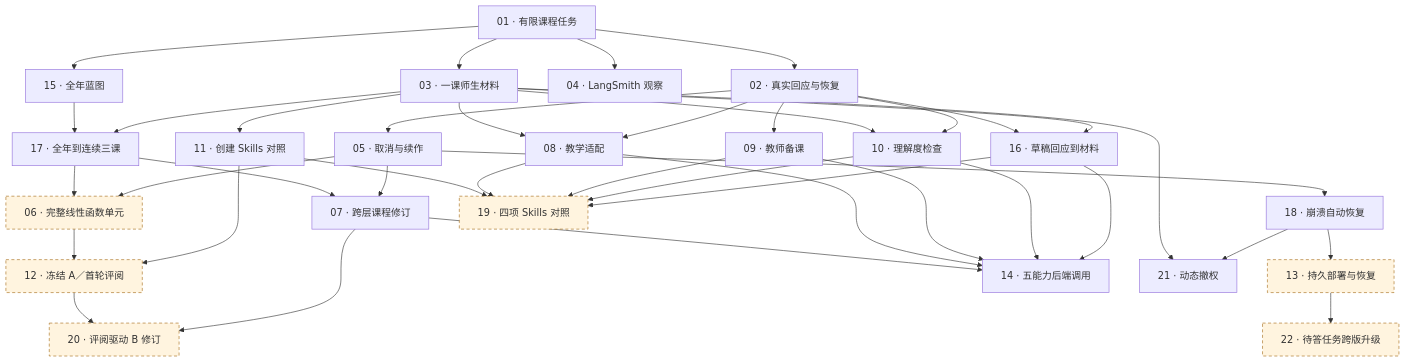
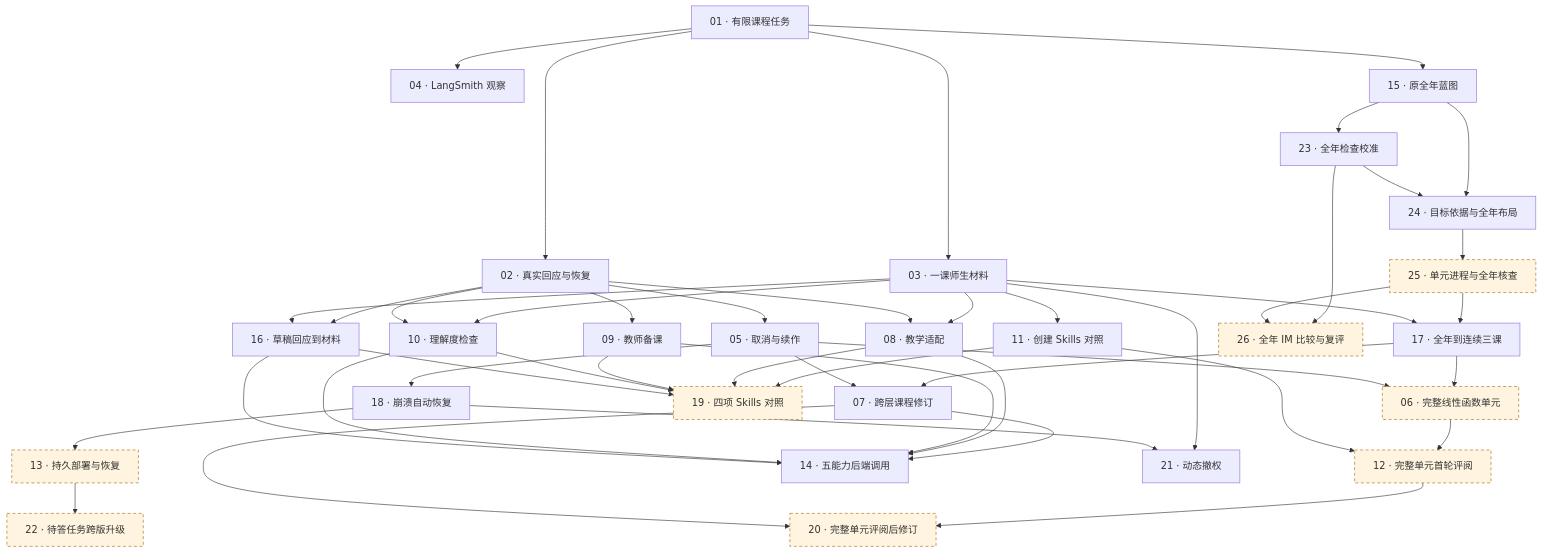
Before and after one commit to morebests/k12-teaching-harness: the diagram in .scratch/math-harness-delivery/dependencies.md, drawn with Mermaid. The commit also changed other lines of this file and 32 other files, not shown here.

````diff
--- a/.scratch/math-harness-delivery/dependencies.md
+++ b/.scratch/math-harness-delivery/dependencies.md
@@ -9,65 +13,75 @@
 ```mermaid
 flowchart TD
   T01["01 · 有限课程任务"]
   T02["02 · 真实回应与恢复"]
   T03["03 · 一课师生材料"]
   T04["04 · LangSmith 观察"]
   T05["05 · 取消与续作"]
   T06["06 · 完整线性函数单元"]
   T07["07 · 跨层课程修订"]
   T08["08 · 教学适配"]
   T09["09 · 教师备课"]
   T10["10 · 理解度检查"]
   T11["11 · 创建 Skills 对照"]
-  T12["12 · 冻结 A／首轮评阅"]
+  T12["12 · 完整单元首轮评阅"]
   T13["13 · 持久部署与恢复"]
   T14["14 · 五能力后端调用"]
-  T15["15 · 全年蓝图"]
+  T15["15 · 原全年蓝图"]
   T16["16 · 草稿回应到材料"]
   T17["17 · 全年到连续三课"]
   T18["18 · 崩溃自动恢复"]
   T19["19 · 四项 Skills 对照"]
-  T20["20 · 评阅驱动 B 修订"]
+  T20["20 · 完整单元评阅后修订"]
   T21["21 · 动态撤权"]
   T22["22 · 待答任务跨版升级"]
+  T23["23 · 全年检查校准"]
+  T24["24 · 目标依据与全年布局"]
+  T25["25 · 单元进程与全年核查"]
+  T26["26 · 全年 IM 比较与复评"]
   T01 --> T02
   T01 --> T03
   T01 --> T04
   T02 --> T05
   T17 --> T06
   T05 --> T06
   T17 --> T07
   T05 --> T07
   T03 --> T08
   T02 --> T08
   T02 --> T09
   T03 --> T10
   T02 --> T10
   T03 --> T11
   T06 --> T12
   T11 --> T12
   T18 --> T13
   T07 --> T14
   T08 --> T14
   T09 --> T14
   T10 --> T14
   T16 --> T14
   T01 --> T15
   T02 --> T16
   T03 --> T16
-  T15 --> T17
+  T25 --> T17
   T03 --> T17
   T05 --> T18
   T11 --> T19
   T08 --> T19
   T09 --> T19
   T10 --> T19
   T16 --> T19
   T12 --> T20
   T07 --> T20
   T03 --> T21
   T18 --> T21
   T13 --> T22
+  T15 --> T23
+  T15 --> T24
+  T23 --> T24
+  T24 --> T25
+  T23 --> T26
+  T25 --> T26
   classDef pending fill:#fff4df,stroke:#a56b17,stroke-dasharray:5 4
-  class T06,T12,T13,T19,T20,T22 pending
+  class T06,T12,T13,T19,T20,T22,T25,T26 pending
 ```
````
